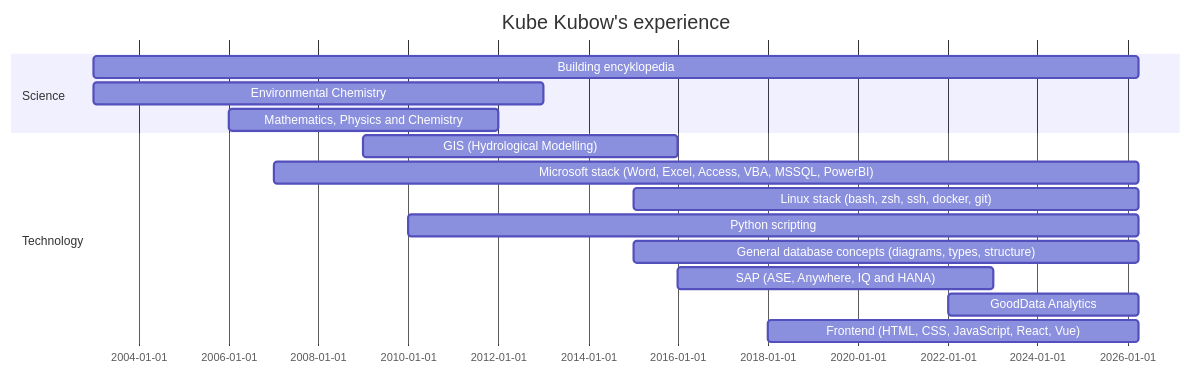
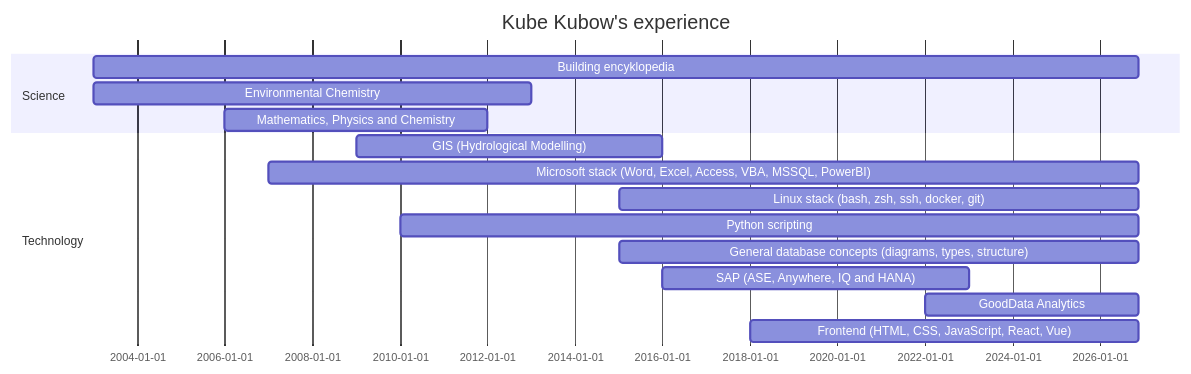
Before and after one commit to kubow/kubow.github.io: the fifth of 5 diagrams in README.md, drawn with Mermaid. The commit also changed other lines of this file and 5 other files, not shown here.

````diff
--- a/README.md
+++ b/README.md
@@ -321,34 +321,34 @@
 ```mermaid
 gantt
     title Kube Kubow's experience
     dateFormat  DD-MM-YYYY
     
     section Science
     
-    Building encyklopedia : c1, 01-01-2003, 29-03-2026
+    Building encyklopedia : c1, 01-01-2003, 16-11-2026
     
     Environmental Chemistry : c1, 01-01-2003, 10y
     
     Mathematics, Physics and Chemistry : s1, 01-01-2006, 6y
     
     
     section Technology
     
     GIS (Hydrological Modelling) : 01-01-2009, 7y
     
-    Microsoft stack (Word, Excel, Access, VBA, MSSQL, PowerBI) : 01-01-2007, 29-03-2026
+    Microsoft stack (Word, Excel, Access, VBA, MSSQL, PowerBI) : 01-01-2007, 16-11-2026
     
-    Linux stack (bash, zsh, ssh, docker, git) : 01-01-2015, 29-03-2026
+    Linux stack (bash, zsh, ssh, docker, git) : 01-01-2015, 16-11-2026
     
-    Python scripting : 01-01-2010, 29-03-2026
+    Python scripting : 01-01-2010, 16-11-2026
     
-    General database concepts (diagrams, types, structure) : 01-01-2015, 29-03-2026
+    General database concepts (diagrams, types, structure) : 01-01-2015, 16-11-2026
     
     SAP (ASE, Anywhere, IQ and HANA) : 01-01-2016, 7y
     
-    GoodData Analytics : 01-01-2022, 29-03-2026
+    GoodData Analytics : 01-01-2022, 16-11-2026
     
-    Frontend (HTML, CSS, JavaScript, React, Vue) : 01-01-2018, 29-03-2026
+    Frontend (HTML, CSS, JavaScript, React, Vue) : 01-01-2018, 16-11-2026
     
     
 ```
````
